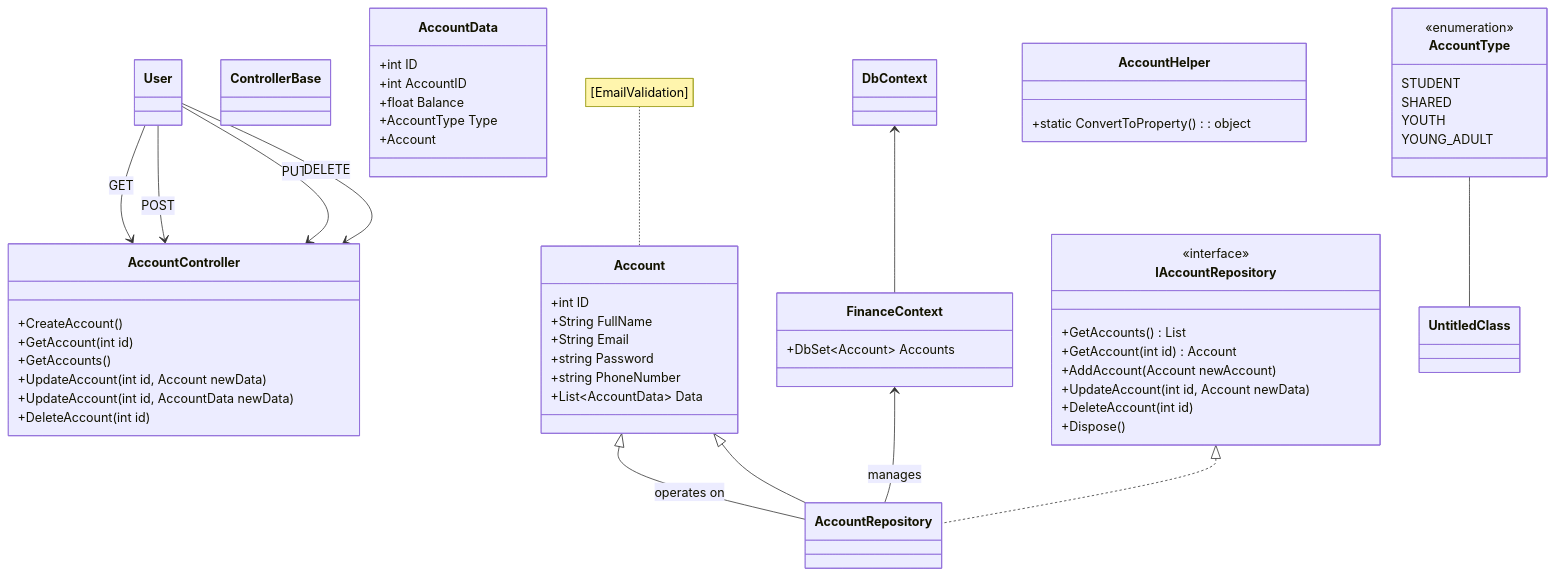
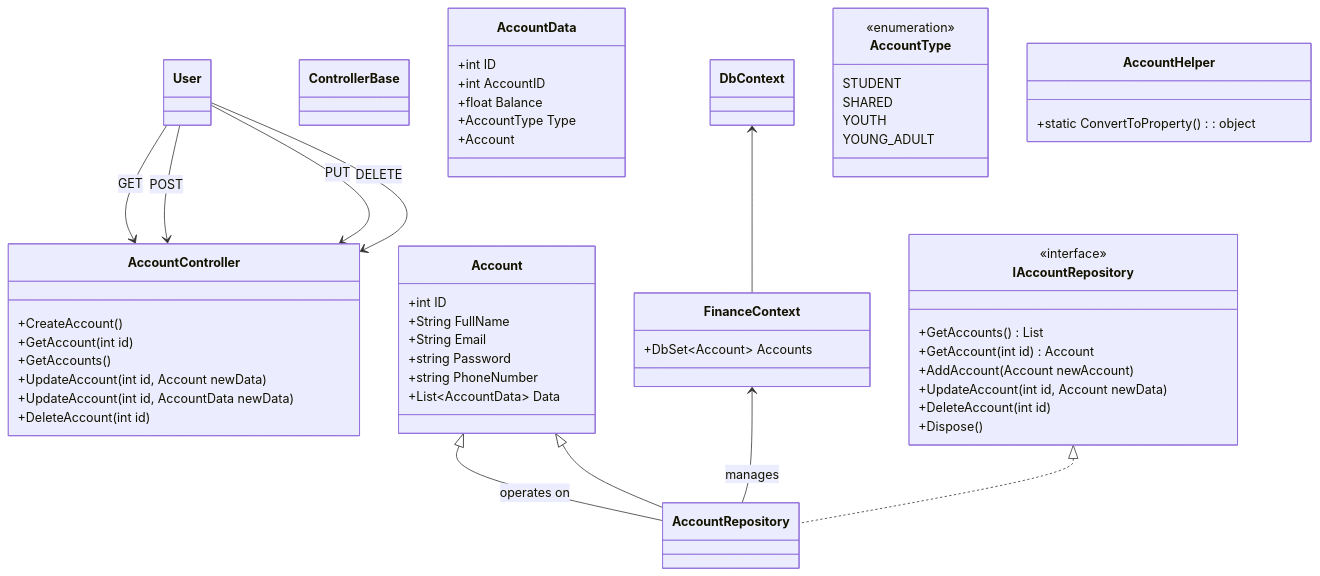
The diagram in TransactionService/Docs/Diagrams/ClassDiagram.md (JET-NilsM/Practice-FinanceApp), drawn with Mermaid before and after one commit. The commit also changed 6 other files, not shown here.

Commit message:
Recreated ER diagram, small updates to class and sequence

````diff
--- a/TransactionService/Docs/Diagrams/ClassDiagram.md
+++ b/TransactionService/Docs/Diagrams/ClassDiagram.md
@@ -63,13 +63,8 @@
 	    +static ConvertToProperty() : object
     }
 
-    class UntitledClass {
-    }
-
 	<<enumeration>> AccountType
 	<<interface>> IAccountRepository
-
-	note for Account "[EmailValidation]"
 
     IAccountRepository <|.. AccountRepository
     Account <|-- AccountRepository : operates on
@@ -80,7 +75,6 @@
     User --> AccountController : POST
     User --> AccountController : PUT
     User --> AccountController : DELETE
-    AccountType -- UntitledClass
 
 
 ```
````
